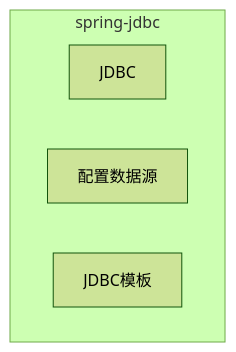
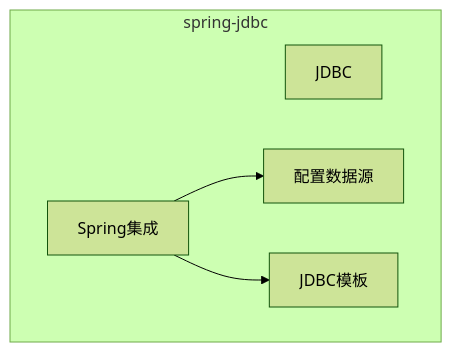
The first of 2 diagrams in framework/spring/spring-jdbc.md (learncc/notes), drawn with Mermaid (forest theme) before and after one commit. The commit also changed other lines of this file and 3 other files, not shown here.

````diff
--- a/framework/spring/spring-jdbc.md
+++ b/framework/spring/spring-jdbc.md
@@ -7,8 +7,12 @@
 ```mermaid
 flowchart TB
   subgraph spring-jdbc
     A[JDBC]
-    B[配置数据源]
-    C[JDBC模板]
+    B[Spring集成]
+    C[配置数据源]
+    D[JDBC模板]
   end
+
+B-->C
+B-->D
 ```
````
